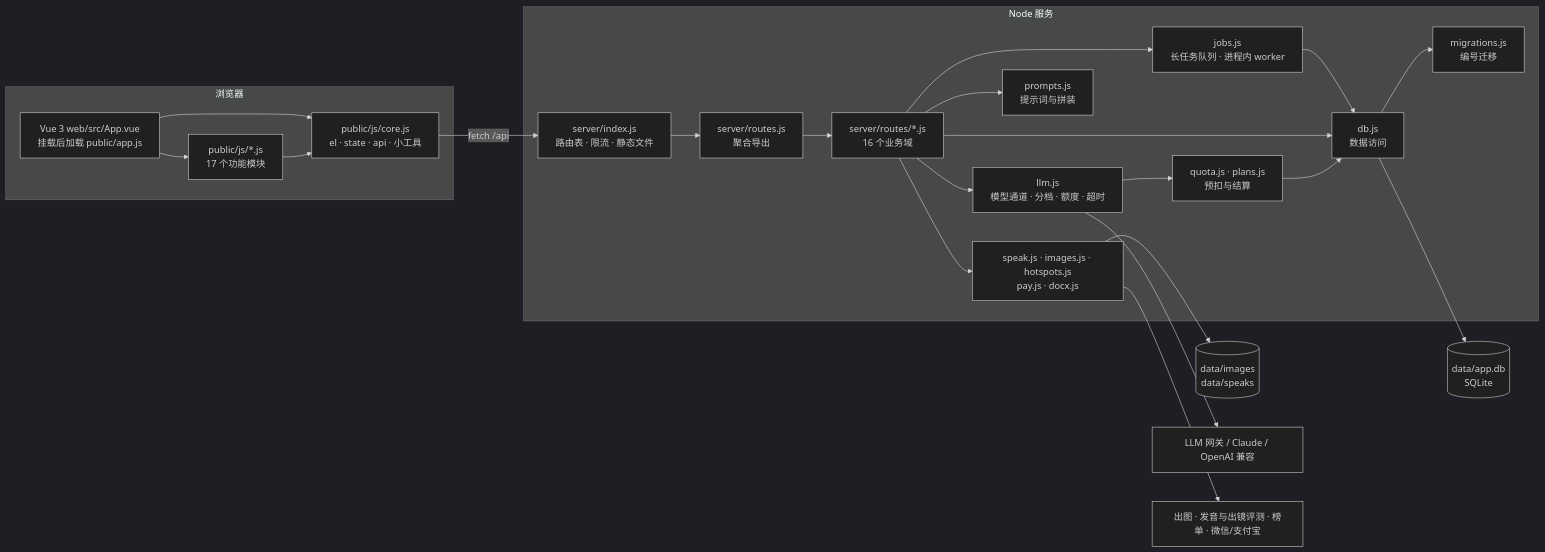
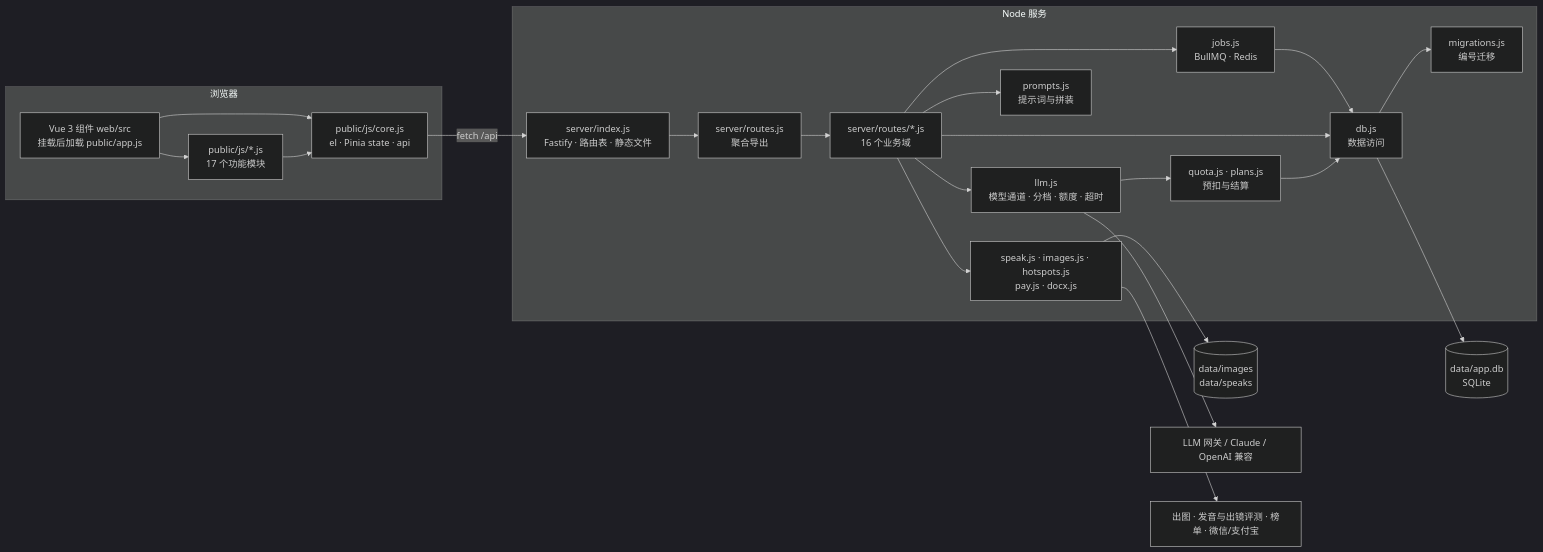
Before and after one commit to wjh2113/ip-studio: the diagram in docs/ARCHITECTURE.md, drawn with Mermaid (dark theme). The commit also changed other lines of this file and 38 other files, not shown here.

First line of the commit message:
Serve HTTP with Fastify and run long jobs on Redis and BullMQ.

````diff
--- a/docs/ARCHITECTURE.md
+++ b/docs/ARCHITECTURE.md
@@ -7,26 +7,26 @@
 ```mermaid
 flowchart LR
   subgraph 浏览器
-    A[Vue 3 web/src/App.vue<br/>挂载后加载 public/app.js] --> C[public/js/core.js<br/>el · state · api · 小工具]
+    A[Vue 3 组件 web/src<br/>挂载后加载 public/app.js] --> C[public/js/core.js<br/>el · Pinia state · api]
     A --> F[public/js/*.js<br/>17 个功能模块]
     F --> C
   end
   subgraph Node 服务
-    I[server/index.js<br/>路由表 · 限流 · 静态文件] --> R[server/routes.js<br/>聚合导出]
+    I[server/index.js<br/>Fastify · 路由表 · 静态文件] --> R[server/routes.js<br/>聚合导出]
     R --> RD[server/routes/*.js<br/>16 个业务域]
     RD --> L[llm.js<br/>模型通道 · 分档 · 额度 · 超时]
     RD --> P[prompts.js<br/>提示词与拼装]
     RD --> S[speak.js · images.js · hotspots.js<br/>pay.js · docx.js]
-    RD --> J[jobs.js<br/>长任务队列 · 进程内 worker]
+    RD --> J[jobs.js<br/>BullMQ · Redis]
     J --> D
     L --> Q[quota.js · plans.js<br/>预扣与结算]
     RD --> D[db.js<br/>数据访问]
     Q --> D
     D --> M[migrations.js<br/>编号迁移]
   end
   C -- fetch /api --> I
   D --> DB[(data/app.db<br/>SQLite)]
   S --> FS[(data/images<br/>data/speaks)]
   L --> GW[LLM 网关 / Claude / OpenAI 兼容]
   S --> EXT[出图 · 发音与出镜评测 · 榜单 · 微信/支付宝]
 ```
````
